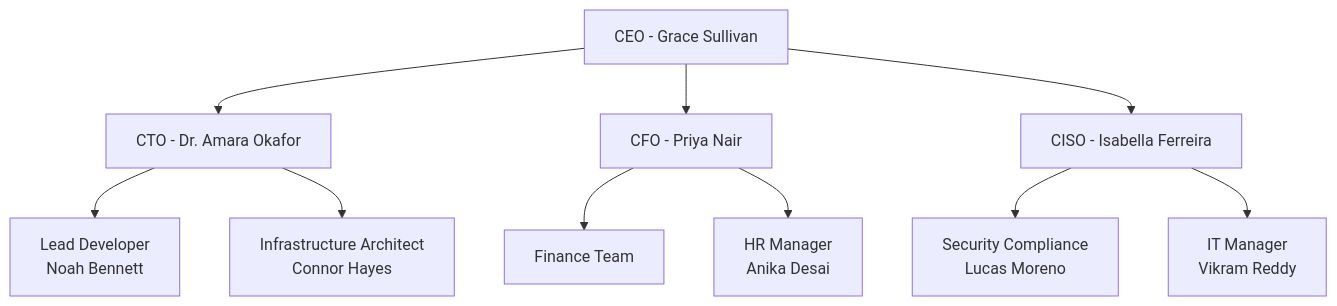
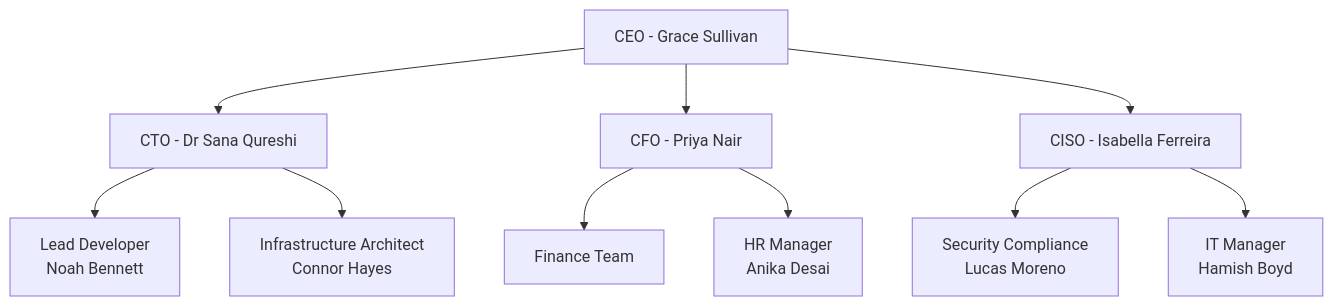
One commit to michael-borck/tessera changed the diagram in docs/staged-content-example.qmd. Above: the diagram before and after it, drawn with Mermaid. The commit also changed other lines of this file and 156 other files, not shown here.

````diff
--- a/docs/staged-content-example.qmd
+++ b/docs/staged-content-example.qmd
@@ -67,16 +67,16 @@
 ```mermaid
 graph TD
     CEO[CEO - Grace Sullivan]
-    CEO --> CTO[CTO - Dr. Amara Okafor]
+    CEO --> CTO[CTO - Dr Sana Qureshi]
     CEO --> CFO[CFO - Priya Nair]
     CEO --> CISO[CISO - Isabella Ferreira]
     
     CTO --> DEV[Lead Developer<br/>Noah Bennett]
     CTO --> INFRA[Infrastructure Architect<br/>Connor Hayes]
     
     CISO --> SEC[Security Compliance<br/>Lucas Moreno]
-    CISO --> IT[IT Manager<br/>Vikram Reddy]
+    CISO --> IT[IT Manager<br/>Hamish Boyd]
     
     CFO --> FIN[Finance Team]
     CFO --> HR[HR Manager<br/>Anika Desai]
 ```
````
